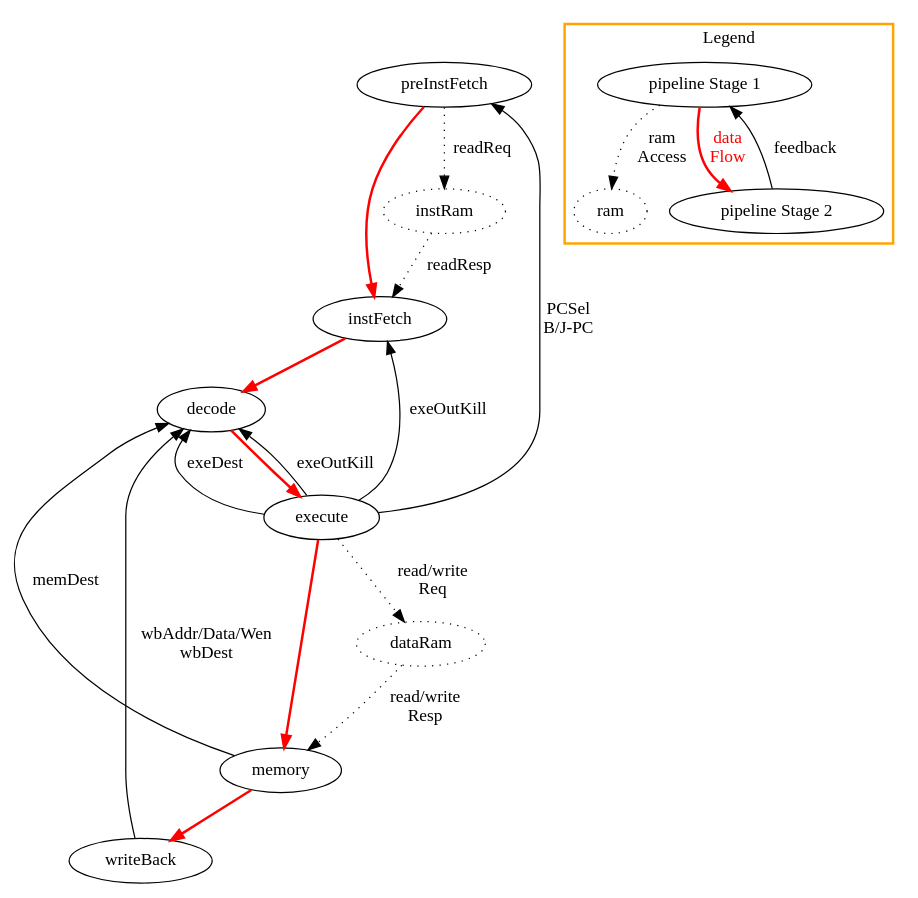
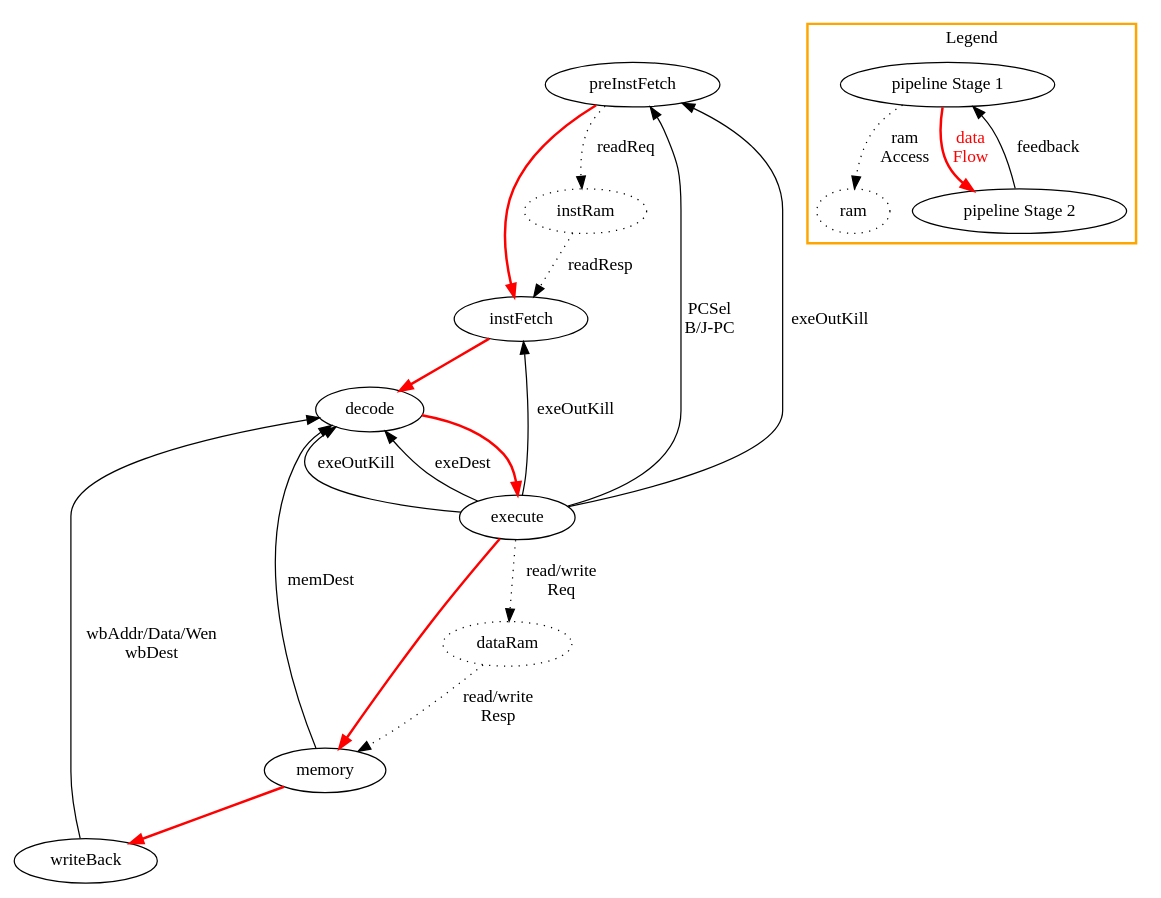
The diagram in documents/5stageInterconnection.gv (yuhengy/coredesign), drawn with Graphviz before and after one commit. The commit also changed 12 other files, not shown here.

```diff
--- a/documents/5stageInterconnection.gv
+++ b/documents/5stageInterconnection.gv
@@ -1,43 +1,44 @@
 digraph G {
 
   "preInstFetch" -> "instFetch" [style="bold", color="red"];
   "instFetch" -> "decode" [style="bold", color="red"];
   "decode" -> "execute" [style="bold", color="red"];
   "execute" -> "memory" [style="bold", color="red"];
   "memory" -> "writeBack" [style="bold", color="red"];
 
 
   "execute" -> "preInstFetch" [label="PCSel\nB/J-PC"];
+  "execute" -> "preInstFetch" [label="exeOutKill"];
 
   "execute" -> "instFetch" [label="exeOutKill"];
 
   "execute" -> "decode" [label="exeOutKill"];
   "execute" -> "decode" [label="exeDest"];
   "memory" -> "decode" [label="memDest"];
   "writeBack" -> "decode" [label="wbAddr/Data/Wen\nwbDest"];
 
 
 //ram
   "instRam" [style="dotted"];
   "dataRam" [style="dotted"];
 
   "preInstFetch" -> "instRam" [label="readReq", style="dotted"];
   "instRam" -> "instFetch" [label="readResp", style="dotted"];
 
   "execute" -> "dataRam" [label="read/write\nReq", style="dotted"];
   "dataRam" -> "memory" [label="read/write\nResp", style="dotted"];
 
 
 
   // Legend
   subgraph cluster1 {
     "ram" [style="dotted"];
     "pipeline Stage 1" -> "pipeline Stage 2" [label="data\nFlow", fontcolor="red", style="bold", color="red"];
     "pipeline Stage 2" -> "pipeline Stage 1" [label="feedback"];
     "pipeline Stage 1" -> "ram" [label="ram\nAccess", style="dotted"];
 
     label = "Legend";
     style=bold;
     color = "orange";
   }
 }
```
